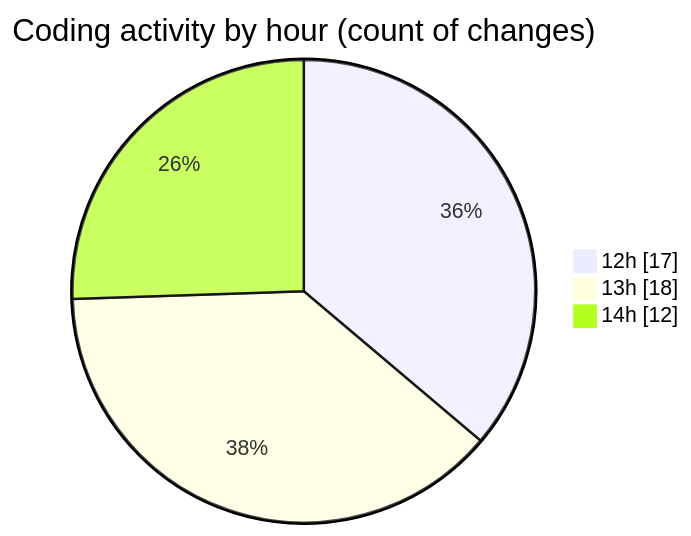
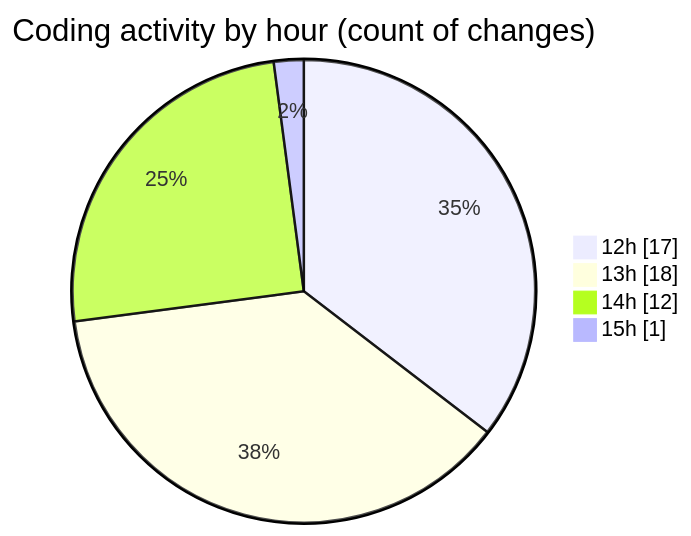
The second of 2 diagrams in 2025-06-01/video_app/README.md (CELIANVF/code-tracking), drawn with Mermaid before and after one commit. The commit also changed other lines of this file and 1 other file, not shown here.

````diff
--- a/2025-06-01/video_app/README.md
+++ b/2025-06-01/video_app/README.md
@@ -38,7 +38,8 @@
 ```mermaid
 pie showData
 title Coding activity by hour (count of changes)
 "12h" : 17
 "13h" : 18
 "14h" : 12
+"15h" : 1
 ```
````
